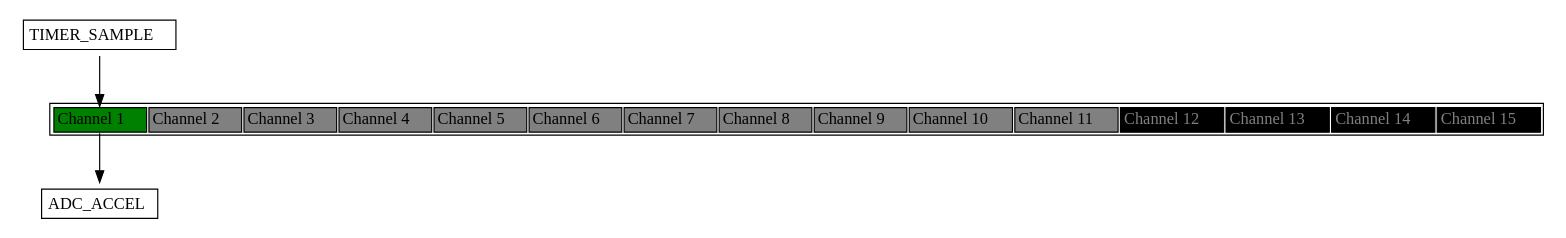
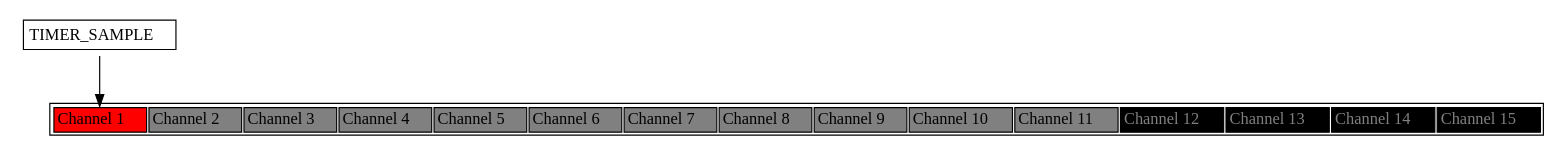
Before and after one commit to obsfeil/Motion_Music_Studio: the diagram in Debug/syscfg/Event.dot, drawn with Graphviz. The commit also changed 15 other files, not shown here.

```diff
--- a/Debug/syscfg/Event.dot
+++ b/Debug/syscfg/Event.dot
@@ -1,47 +1,39 @@
 
 
 digraph H {
 
   parent [
    shape=plaintext
    label=<
      <table border='1' cellborder='1'>
        <tr>
-            <td bgcolor="green" port='chan_1'>Channel 1</td>
+            <td bgcolor="red" port='chan_1'>Channel 1</td>
             <td bgcolor="grey" port='chan_2'>Channel 2</td>
             <td bgcolor="grey" port='chan_3'>Channel 3</td>
             <td bgcolor="grey" port='chan_4'>Channel 4</td>
             <td bgcolor="grey" port='chan_5'>Channel 5</td>
             <td bgcolor="grey" port='chan_6'>Channel 6</td>
             <td bgcolor="grey" port='chan_7'>Channel 7</td>
             <td bgcolor="grey" port='chan_8'>Channel 8</td>
             <td bgcolor="grey" port='chan_9'>Channel 9</td>
             <td bgcolor="grey" port='chan_10'>Channel 10</td>
             <td bgcolor="grey" port='chan_11'>Channel 11</td>
             <td bgcolor="black" port='chan_12'><font color="grey">Channel 12</font></td>
             <td bgcolor="black" port='chan_13'><font color="grey">Channel 13</font></td>
             <td bgcolor="black" port='chan_14'><font color="grey">Channel 14</font></td>
             <td bgcolor="black" port='chan_15'><font color="grey">Channel 15</font></td>
          </tr>
      </table>
   >];
 
 pub_chan_1 [
     shape=plaintext
     label=<
     <table border='1'  cellborder='0'>
       <tr><td>TIMER_SAMPLE</td></tr>
     </table>
     >];
 pub_chan_1 -> parent: chan_1;
 
-sub_chan_1_0 [
-  shape=plaintext
-  label=<
-    <table border='1'  cellborder='0'>
-      <tr><td>ADC_ACCEL</td></tr>
-    </table>
-  >];
-parent: chan_1 -> sub_chan_1_0;
 
 }
```
